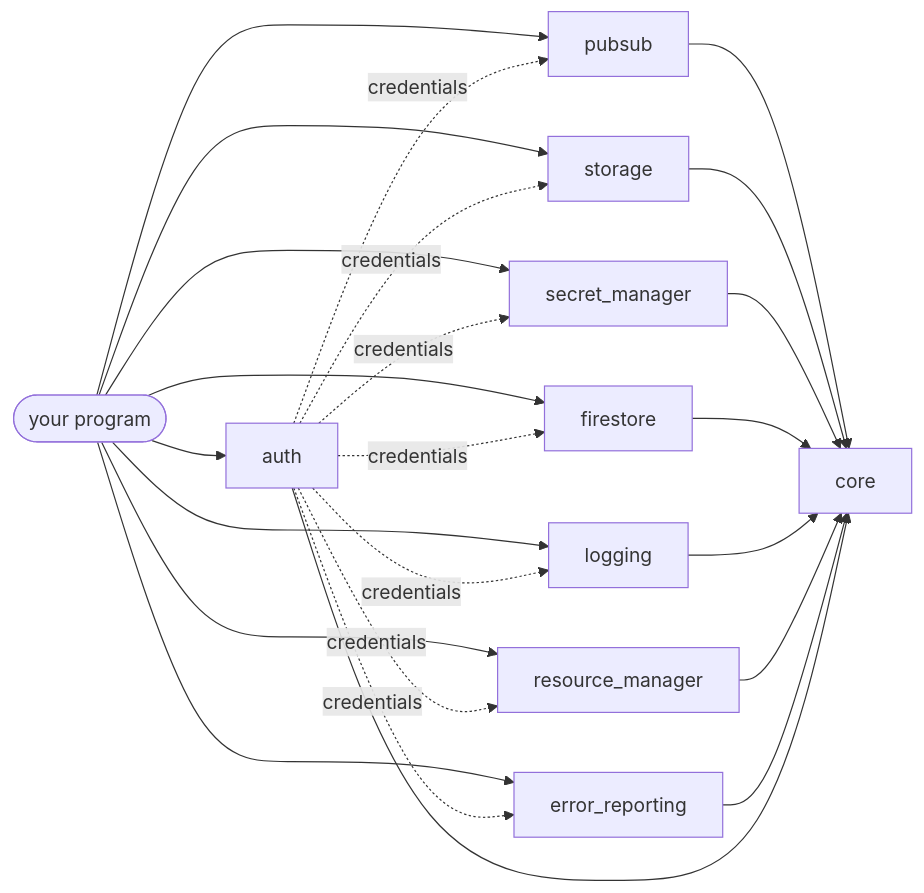
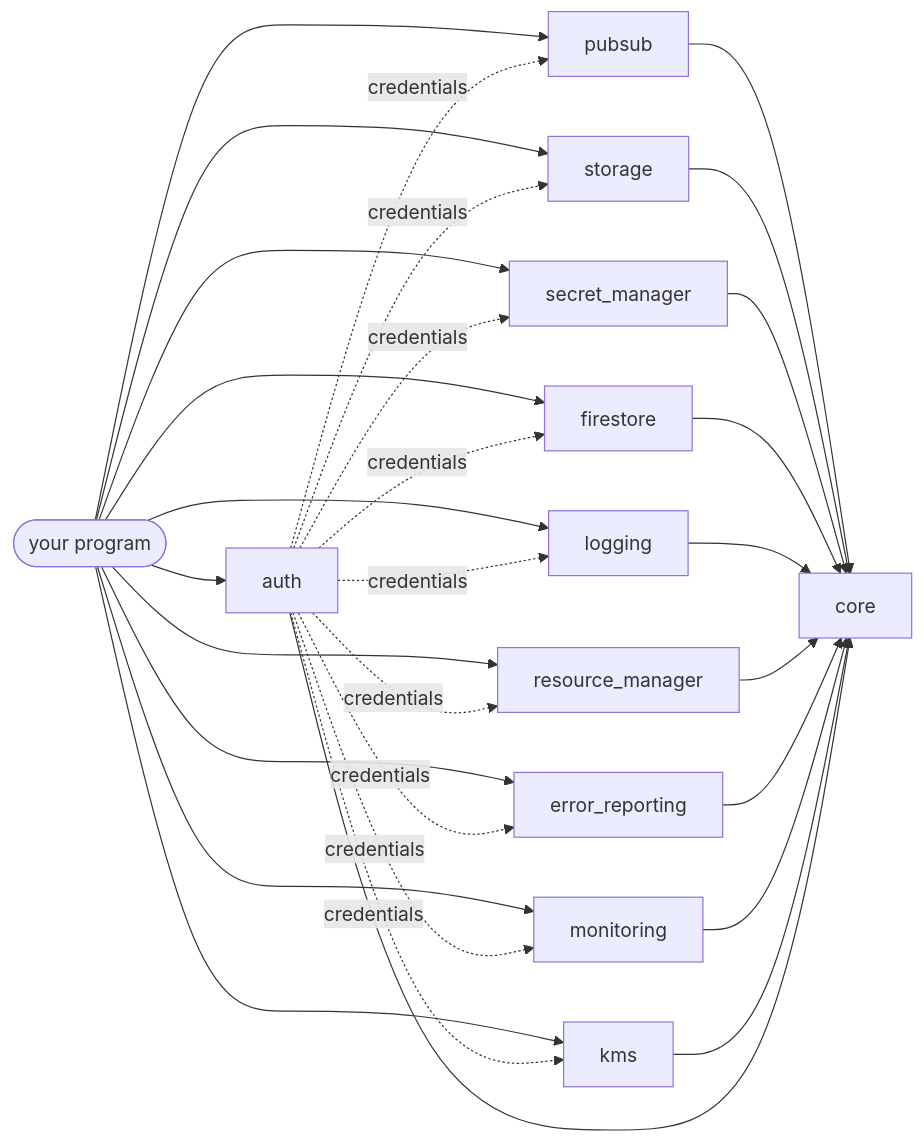
Before and after one commit to javanile/zub: the diagram in _packages/k/kmoneil-zig-gcp.md, drawn with Mermaid. The commit also changed other lines of this file and 18 other files, not shown here.

````diff
--- a/_packages/k/kmoneil-zig-gcp.md
+++ b/_packages/k/kmoneil-zig-gcp.md
@@ -99,7 +101,7 @@
 ```mermaid
 flowchart LR
-    app(["your program"]) --> pubsub & storage & secret_manager & firestore & logging & resource_manager & error_reporting
+    app(["your program"]) --> pubsub & storage & secret_manager & firestore & logging & resource_manager & error_reporting & monitoring & kms
     app --> auth
-    auth -. credentials .-> pubsub & storage & secret_manager & firestore & logging & resource_manager & error_reporting
-    pubsub & storage & secret_manager & firestore & logging & resource_manager & error_reporting & auth --> core
+    auth -. credentials .-> pubsub & storage & secret_manager & firestore & logging & resource_manager & error_reporting & monitoring & kms
+    pubsub & storage & secret_manager & firestore & logging & resource_manager & error_reporting & monitoring & kms & auth --> core
 ```
````
